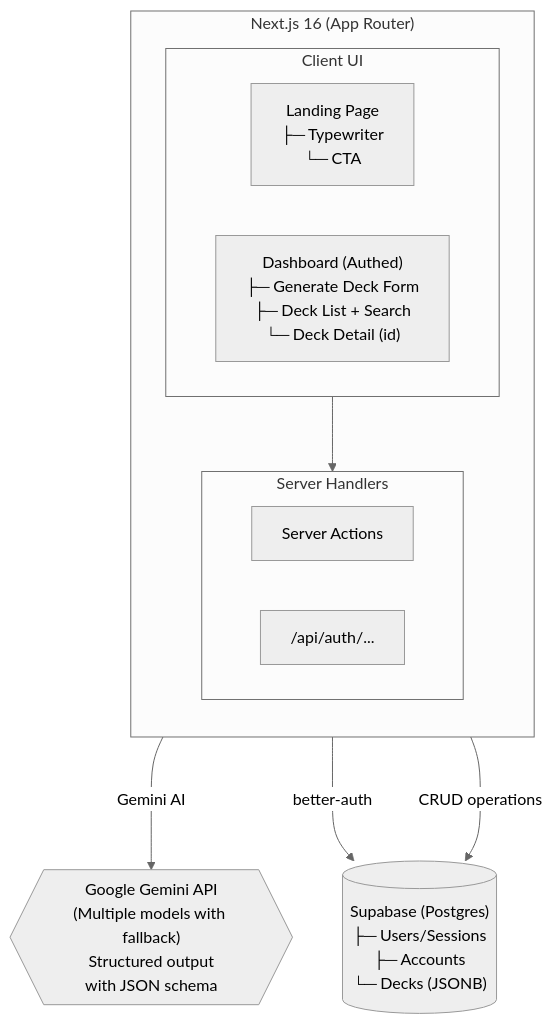
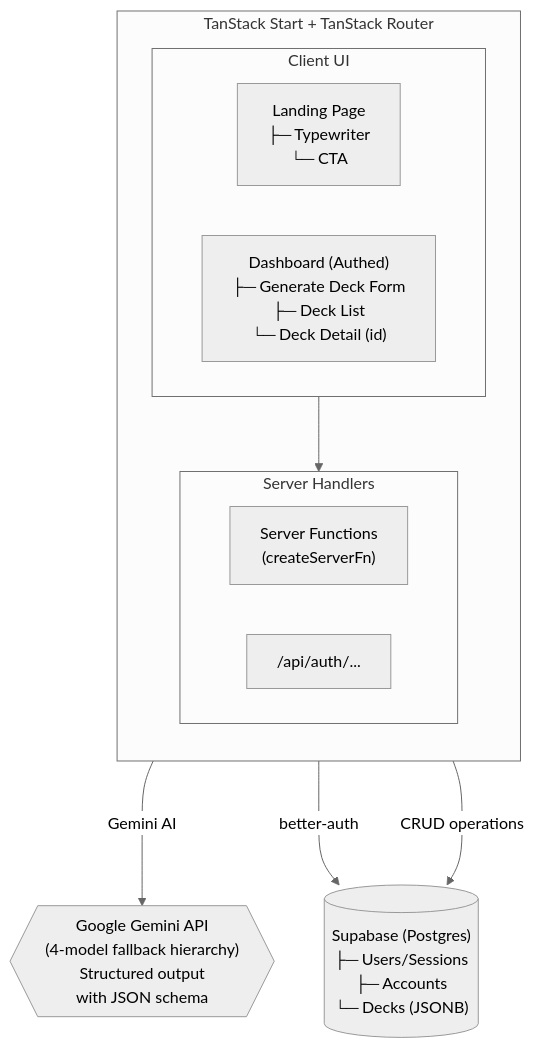
The diagram in README.md (zek01svg/vibecards), drawn with Mermaid (neutral theme) before and after one commit. The commit also changed other lines of this file and 3 other files, not shown here.

````diff
--- a/README.md
+++ b/README.md
@@ -13,27 +13,27 @@
 ```mermaid
 flowchart TD
-    subgraph NextJS["Next.js 16 (App Router)"]
+    subgraph TanStack["TanStack Start + TanStack Router"]
         direction TB
 
         subgraph Pages["Client UI"]
             direction LR
             Landing["Landing Page<br/>├─ Typewriter<br/>└─ CTA"]
-            Dashboard["Dashboard (Authed)<br/>├─ Generate Deck Form<br/>├─ Deck List + Search<br/>└─ Deck Detail (id)"]
+            Dashboard["Dashboard (Authed)<br/>├─ Generate Deck Form<br/>├─ Deck List<br/>└─ Deck Detail (id)"]
         end
 
         subgraph Server["Server Handlers"]
             direction LR
-            ServerActions["Server Actions"]
+            ServerFns["Server Functions<br/>(createServerFn)"]
             AuthAPI["/api/auth/..."]
         end
 
     Pages --> Server
     end
 
     Supabase[("Supabase (Postgres)<br/>├─ Users/Sessions<br/>├─ Accounts<br/>└─ Decks (JSONB)")]
-    Gemini{{"Google Gemini API<br/>(Multiple models with fallback)<br/>Structured output<br/>with JSON schema"}}
+    Gemini{{"Google Gemini API<br/>(4-model fallback hierarchy)<br/>Structured output<br/>with JSON schema"}}
 
-    ServerActions -- "Gemini AI" ---> Gemini
+    ServerFns -- "Gemini AI" ---> Gemini
     AuthAPI -- "better-auth" ---> Supabase
-    ServerActions -- "CRUD operations" ---> Supabase
+    ServerFns -- "CRUD operations" ---> Supabase
 ```
````
